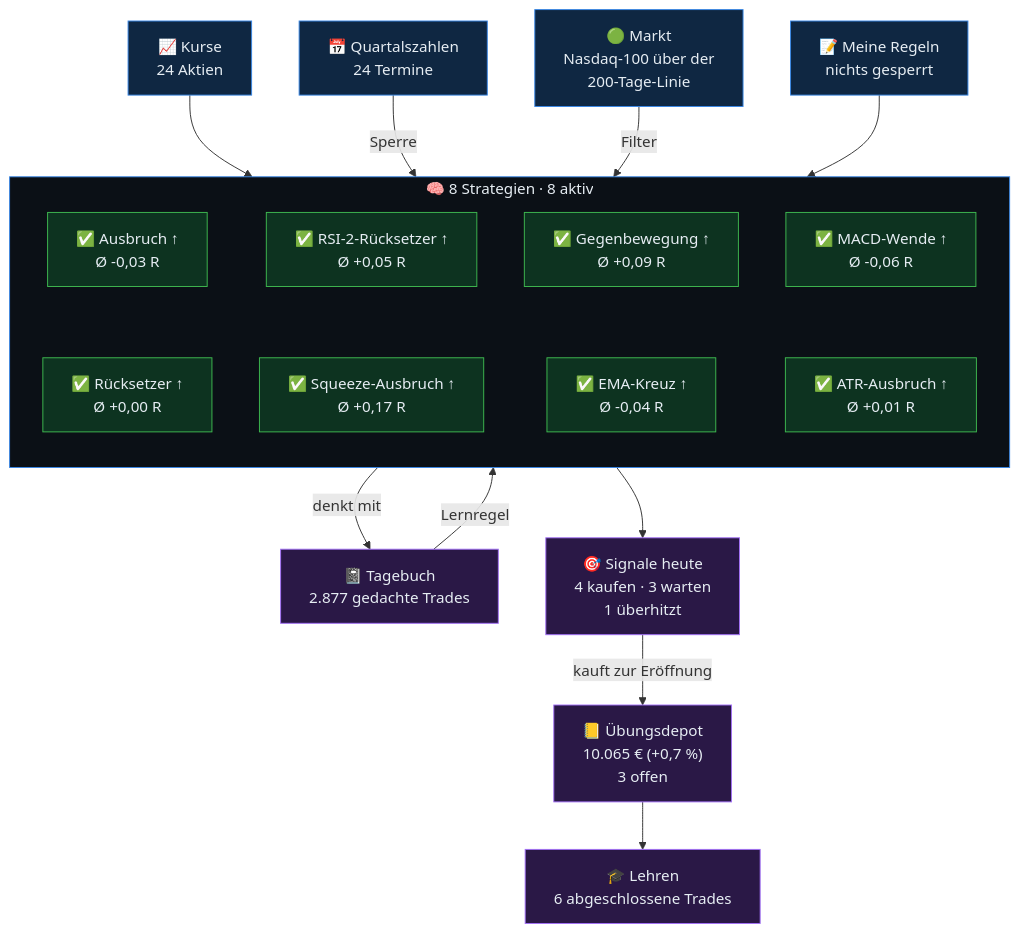
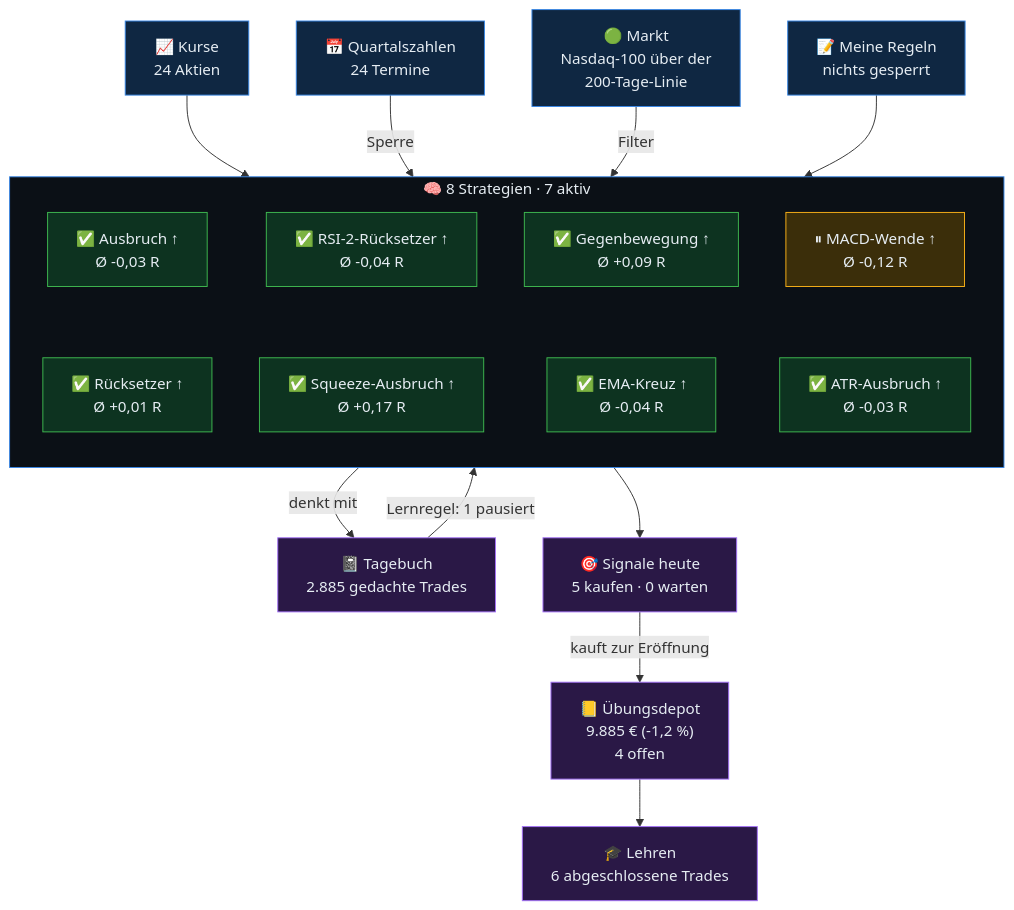
One commit to sickingmalte-arch/Test-Bot changed the diagram in gehirn/Start.md. Above: the diagram before and after it, drawn with Mermaid. The commit also changed other lines of this file and 36 other files, not shown here.

````diff
--- a/gehirn/Start.md
+++ b/gehirn/Start.md
@@ -9,46 +9,47 @@
 ```mermaid
 flowchart TB
   kurse["📈 Kurse<br/>24 Aktien"]
   termine["📅 Quartalszahlen<br/>24 Termine"]
   markt["🟢 Markt<br/>Nasdaq-100 über der<br/>200-Tage-Linie"]
   regeln["📝 Meine Regeln<br/>nichts gesperrt"]
-  subgraph KERN["🧠 8 Strategien · 8 aktiv"]
+  subgraph KERN["🧠 8 Strategien · 7 aktiv"]
     direction TB
     s0["✅ Ausbruch ↑<br/>Ø -0,03 R"]
-    s1["✅ RSI-2-Rücksetzer ↑<br/>Ø +0,05 R"]
+    s1["✅ RSI-2-Rücksetzer ↑<br/>Ø -0,04 R"]
     s2["✅ Gegenbewegung ↑<br/>Ø +0,09 R"]
-    s3["✅ MACD-Wende ↑<br/>Ø -0,06 R"]
-    s4["✅ Rücksetzer ↑<br/>Ø +0,00 R"]
+    s3["⏸ MACD-Wende ↑<br/>Ø -0,12 R"]
+    s4["✅ Rücksetzer ↑<br/>Ø +0,01 R"]
     s5["✅ Squeeze-Ausbruch ↑<br/>Ø +0,17 R"]
     s6["✅ EMA-Kreuz ↑<br/>Ø -0,04 R"]
-    s7["✅ ATR-Ausbruch ↑<br/>Ø +0,01 R"]
+    s7["✅ ATR-Ausbruch ↑<br/>Ø -0,03 R"]
     s0 ~~~ s4
     s1 ~~~ s5
     s2 ~~~ s6
     s3 ~~~ s7
   end
-  tb["📓 Tagebuch<br/>2.877 gedachte Trades"]
-  sig["🎯 Signale heute<br/>4 kaufen · 3 warten<br/>1 überhitzt"]
-  depot["📒 Übungsdepot<br/>10.065 € (+0,7 %)<br/>3 offen"]
+  tb["📓 Tagebuch<br/>2.885 gedachte Trades"]
+  sig["🎯 Signale heute<br/>5 kaufen · 0 warten"]
+  depot["📒 Übungsdepot<br/>9.885 € (-1,2 %)<br/>4 offen"]
   lehren["🎓 Lehren<br/>6 abgeschlossene Trades"]
   kurse --> KERN
   termine -->|Sperre| KERN
   markt -->|Filter| KERN
   regeln --> KERN
   KERN -->|denkt mit| tb
-  tb -->|Lernregel| KERN
+  tb -->|Lernregel: 1 pausiert| KERN
   KERN --> sig
   sig -->|kauft zur Eröffnung| depot
   depot --> lehren
   classDef ein fill:#0f2742,stroke:#3987e5,color:#e6edf3
   classDef rot fill:#3d1414,stroke:#f47067,color:#e6edf3
   classDef aktiv fill:#0d3320,stroke:#3fb950,color:#e6edf3
   classDef pausiert fill:#3b2e0a,stroke:#fab219,color:#e6edf3
   classDef aus fill:#22272e,stroke:#6e7681,color:#9ba7b4
   classDef aus2 fill:#2a1846,stroke:#a371f7,color:#e6edf3
   class kurse,termine,regeln ein
   class markt ein
   class tb,sig,depot,lehren aus2
-  class s0,s1,s2,s3,s4,s5,s6,s7 aktiv
+  class s0,s1,s2,s4,s5,s6,s7 aktiv
+  class s3 pausiert
   style KERN fill:#0b1016,stroke:#3987e5,color:#e6edf3
 ```
````
